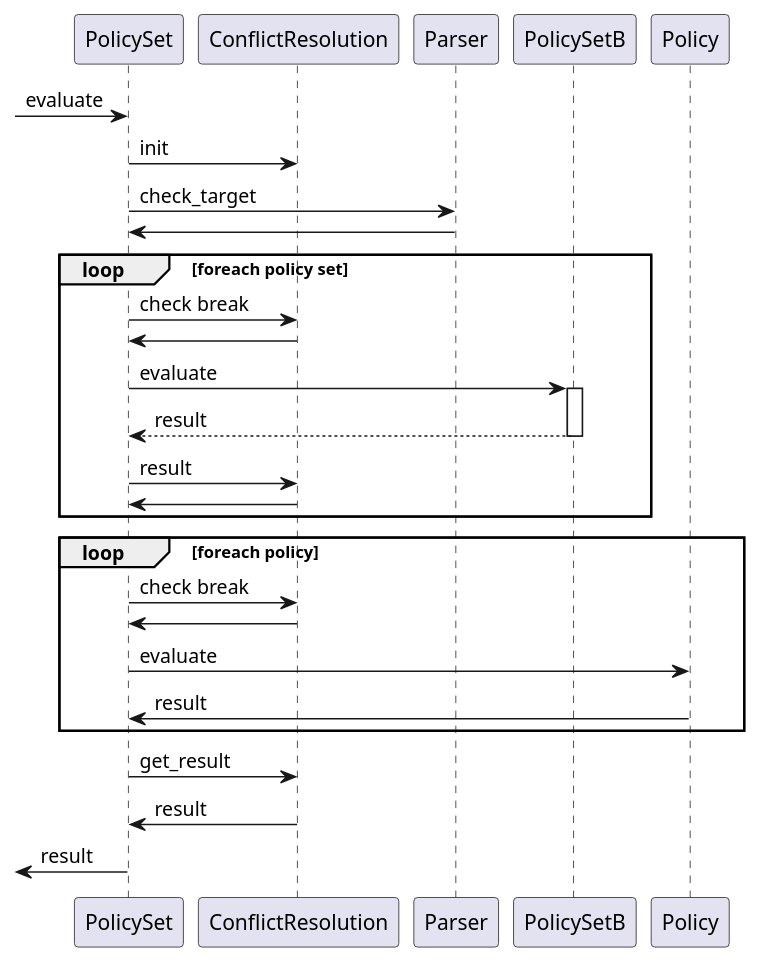
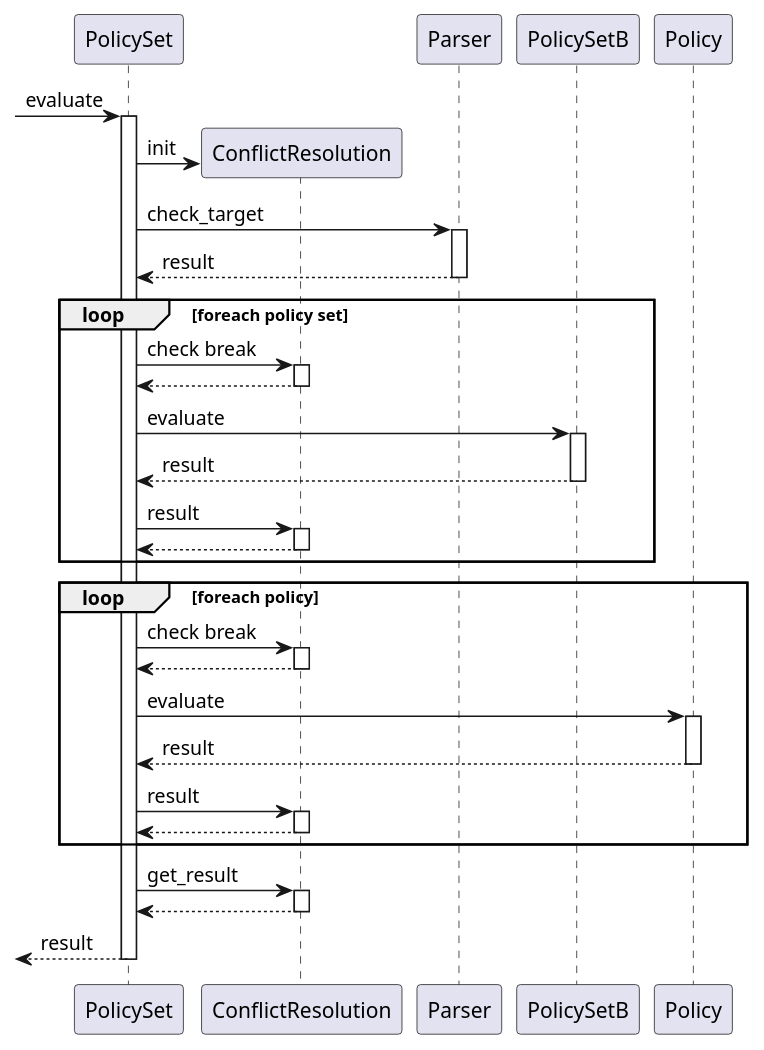
One commit to JustKiddingCode/arpoc changed the diagram in docs/concepts/seq_ps_evaluation.puml. Above: the diagram before and after it, drawn with PlantUML. The commit also changed 13 other files, not shown here.

```diff
--- a/docs/concepts/seq_ps_evaluation.puml
+++ b/docs/concepts/seq_ps_evaluation.puml
@@ -1,22 +1,25 @@
-[-> PolicySet: evaluate
-PolicySet -> ConflictResolution: init
-PolicySet -> Parser: check_target
-Parser -> PolicySet
+[-> PolicySet : evaluate
+activate PolicySet
+PolicySet -> ConflictResolution **: init
+PolicySet -> Parser ++: check_target
+return result
 loop foreach policy set
-   PolicySet -> ConflictResolution: check break
-   ConflictResolution -> PolicySet
-   PolicySet -> PolicySetB: evaluate
-   activate PolicySetB
+   PolicySet -> ConflictResolution ++: check break
+   return
+   PolicySet -> PolicySetB ++: evaluate
    return result
-   PolicySet -> ConflictResolution: result
-   ConflictResolution -> PolicySet
+   PolicySet -> ConflictResolution ++: result
+   return
 end
 loop foreach policy
-   PolicySet -> ConflictResolution: check break
-   ConflictResolution -> PolicySet
-   PolicySet -> Policy: evaluate
-   Policy -> PolicySet: result
+   PolicySet -> ConflictResolution ++: check break
+   return
+   PolicySet -> Policy ++: evaluate
+   return result
+   PolicySet -> ConflictResolution ++: result
+   return
 end
-PolicySet -> ConflictResolution: get_result
-ConflictResolution -> PolicySet: result
-PolicySet ->[ : result
+PolicySet -> ConflictResolution ++: get_result
+return
+PolicySet -->[ : result
+deactivate PolicySet
```
